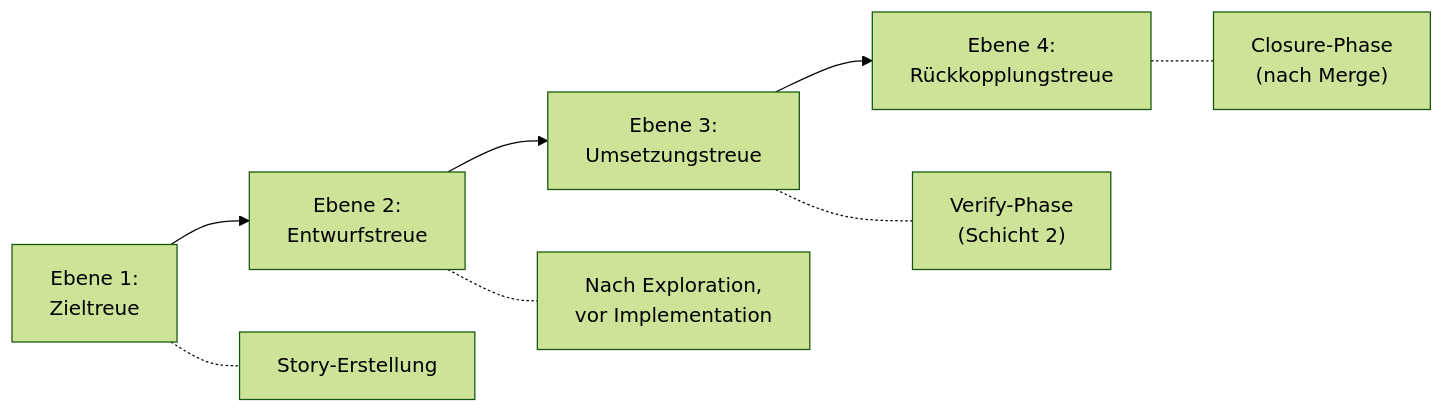
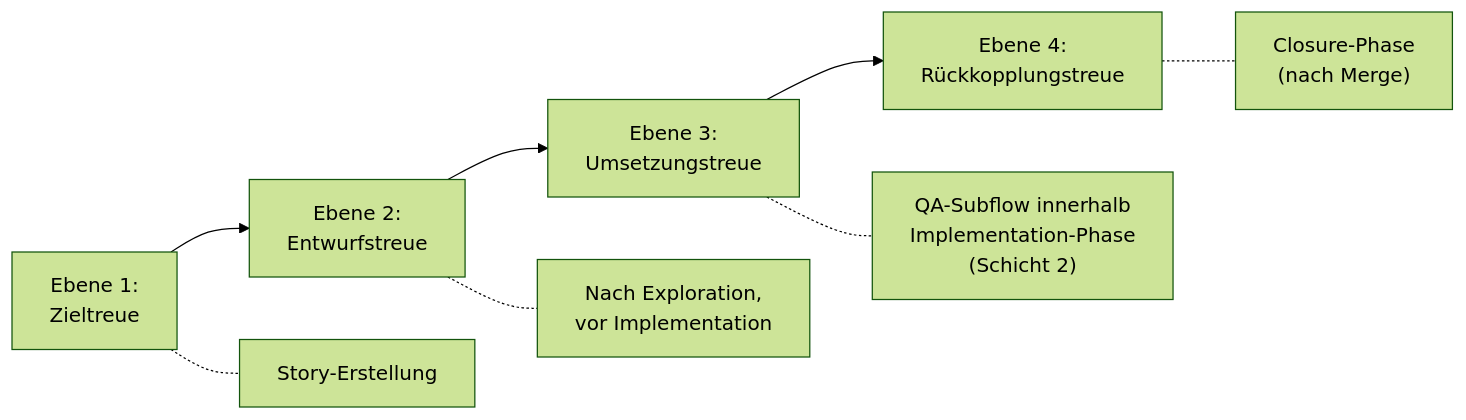
The diagram in concept/technical-design/32_dokumententreue_conformance_service.md (saltenhof/claude-agentkit3), drawn with Mermaid (forest theme) before and after one commit. The commit also changed other lines of this file and 37 other files, not shown here.

First line of the commit message:
Concept wave: 4-phase pipeline (Verify as QA-subflow), Themen 1-3+5 eingearbeitet

````diff
--- a/concept/technical-design/32_dokumententreue_conformance_service.md
+++ b/concept/technical-design/32_dokumententreue_conformance_service.md
@@ -100,11 +100,11 @@
 ```mermaid
 flowchart LR
     E1["Ebene 1:<br/>Zieltreue"] --> E2["Ebene 2:<br/>Entwurfstreue"]
     E2 --> E3["Ebene 3:<br/>Umsetzungstreue"]
     E3 --> E4["Ebene 4:<br/>Rückkopplungstreue"]
 
     E1 -.- T1["Story-Erstellung"]
     E2 -.- T2["Nach Exploration,<br/>vor Implementation"]
-    E3 -.- T3["Verify-Phase<br/>(Schicht 2)"]
+    E3 -.- T3["QA-Subflow innerhalb<br/>Implementation-Phase<br/>(Schicht 2)"]
     E4 -.- T4["Closure-Phase<br/>(nach Merge)"]
 ```
````
